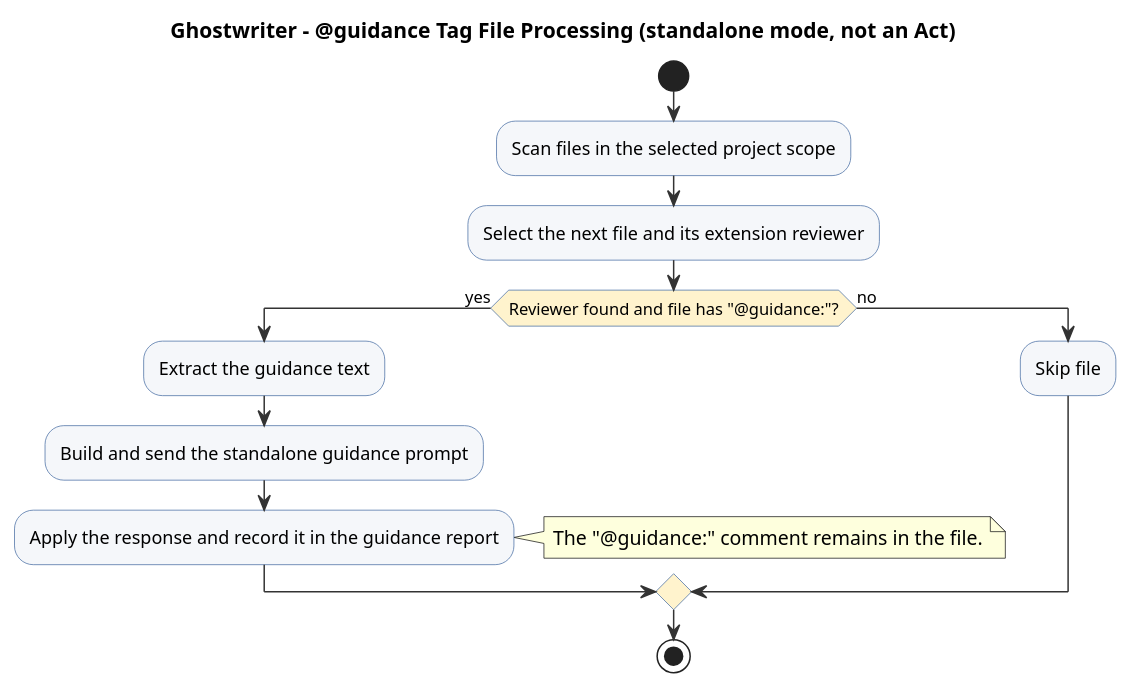
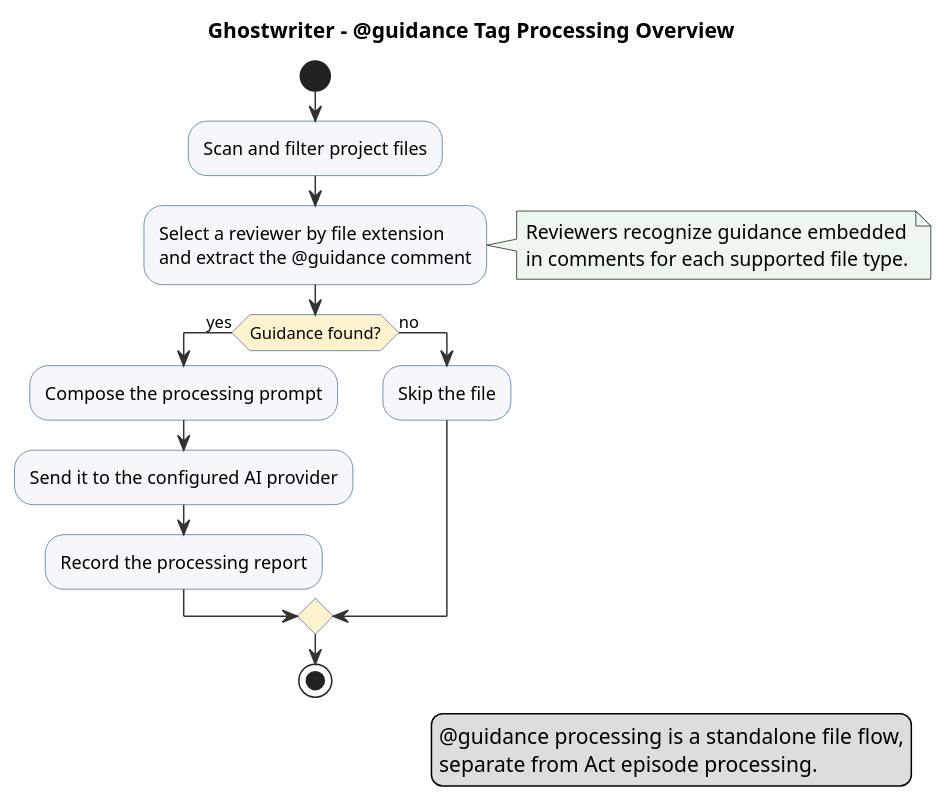
The diagram in src/site/puml/guidance-tag-processing-overview.puml (machanism-org/ghostwriter), drawn with PlantUML before and after one commit. The commit also changed other lines of this file and 1 other file, not shown here.

Commit message:
updated guidance-tag-processing-overview.puml diagram, added the [M8ven Score] badge.

```diff
--- a/src/site/puml/guidance-tag-processing-overview.puml
+++ b/src/site/puml/guidance-tag-processing-overview.puml
@@ -8,27 +7,36 @@
 @startuml
-title Ghostwriter - @guidance Tag File Processing (standalone mode, not an Act)
+title Ghostwriter - @guidance Tag Processing Overview
 
 skinparam ArrowColor #333333
 skinparam ActivityBackgroundColor #F5F7FA
 skinparam ActivityBorderColor #4A6FA5
 skinparam ActivityDiamondBackgroundColor #FFF3CD
+skinparam NoteBackgroundColor #EDF7ED
 
 start
 
-:Scan files in the selected project scope;
-:Select the next file and its extension reviewer;
+:Scan and filter project files;
 
-if (Reviewer found and file has "@guidance:"?) then (yes)
-  :Extract the guidance text;
-  :Build and send the standalone guidance prompt;
-  :Apply the response and record it in the guidance report;
-  note right
-    The "@guidance:" comment remains in the file.
-  end note
+:Select a reviewer by file extension
+and extract the @guidance comment;
+note right
+  Reviewers recognize guidance embedded
+  in comments for each supported file type.
+end note
+
+if (Guidance found?) then (yes)
+  :Compose the processing prompt;
+  :Send it to the configured AI provider;
+  :Record the processing report;
 else (no)
-  :Skip file;
+  :Skip the file;
 endif
 
 stop
 
+legend right
+  @guidance processing is a standalone file flow,
+  separate from Act episode processing.
+endlegend
+
 @enduml
```
